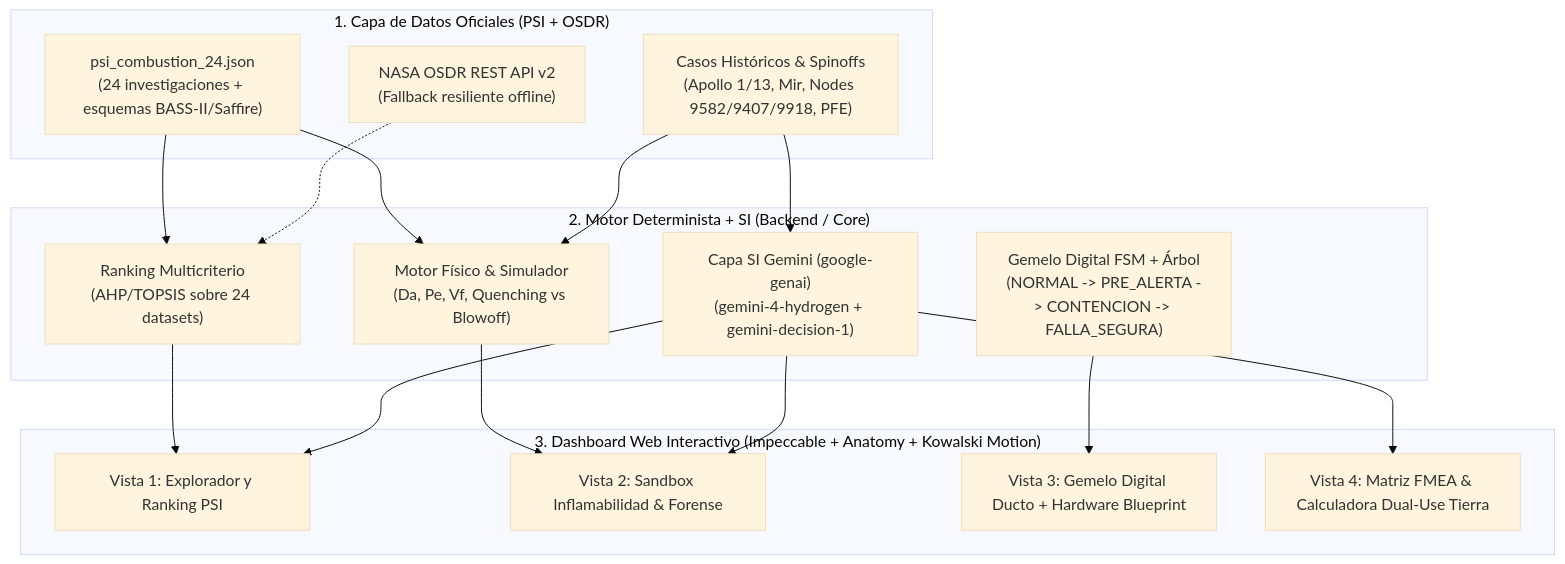
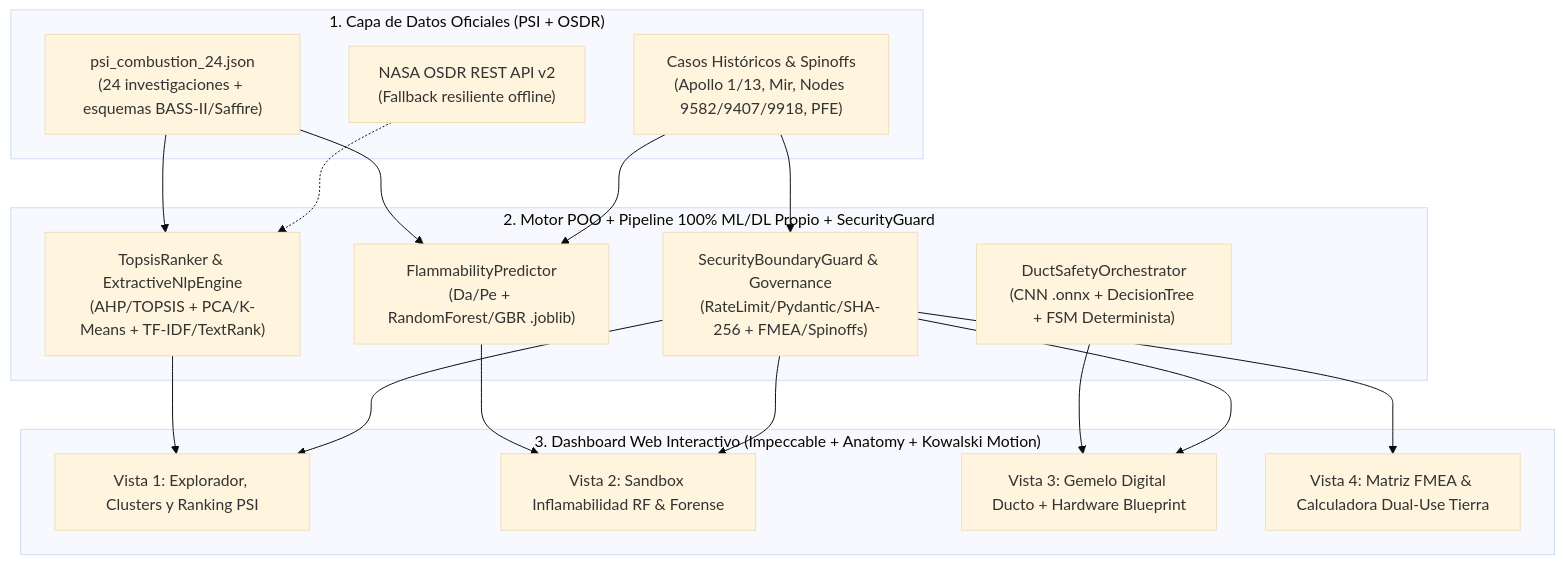
The diagram in PLAN_MAESTRO_FLAME_IN_FREEFALL.md (Joshua-Sotomayor/NASA-flame-in-freefal), drawn with Mermaid (base theme) before and after one commit. The commit also changed other lines of this file and 1 other file, not shown here.

Commit message:
0.2.1 - refactor - actualizar plan maestro y war room al pipeline ml propio y marcar avance gate 1

````diff
--- a/PLAN_MAESTRO_FLAME_IN_FREEFALL.md
+++ b/PLAN_MAESTRO_FLAME_IN_FREEFALL.md
@@ -257,30 +257,30 @@
 ```mermaid
 flowchart TD
     subgraph DATA["1. Capa de Datos Oficiales (PSI + OSDR)"]
         A1["psi_combustion_24.json<br/>(24 investigaciones + esquemas BASS-II/Saffire)"]
         A2["NASA OSDR REST API v2<br/>(Fallback resiliente offline)"]
         A3["Casos Históricos & Spinoffs<br/>(Apollo 1/13, Mir, Nodes 9582/9407/9918, PFE)"]
     end
 
-    subgraph ENGINE["2. Motor Determinista + SI (Backend / Core)"]
-        B1["Motor Físico & Simulador<br/>(Da, Pe, Vf, Quenching vs Blowoff)"]
-        B2["Ranking Multicriterio<br/>(AHP/TOPSIS sobre 24 datasets)"]
-        B3["Gemelo Digital FSM + Árbol<br/>(NORMAL -> PRE_ALERTA -> CONTENCION -> FALLA_SEGURA)"]
-        B4["Capa SI Gemini (google-genai)<br/>(gemini-4-hydrogen + gemini-decision-1)"]
+    subgraph ENGINE["2. Motor POO + Pipeline 100% ML/DL Propio + SecurityGuard"]
+        B1["FlammabilityPredictor<br/>(Da/Pe + RandomForest/GBR .joblib)"]
+        B2["TopsisRanker &amp; ExtractiveNlpEngine<br/>(AHP/TOPSIS + PCA/K-Means + TF-IDF/TextRank)"]
+        B3["DuctSafetyOrchestrator<br/>(CNN .onnx + DecisionTree + FSM Determinista)"]
+        B4["SecurityBoundaryGuard &amp; Governance<br/>(RateLimit/Pydantic/SHA-256 + FMEA/Spinoffs)"]
     end
 
     subgraph UI["3. Dashboard Web Interactivo (Impeccable + Anatomy + Kowalski Motion)"]
-        C1["Vista 1: Explorador y Ranking PSI"]
-        C2["Vista 2: Sandbox Inflamabilidad & Forense"]
+        C1["Vista 1: Explorador, Clusters y Ranking PSI"]
+        C2["Vista 2: Sandbox Inflamabilidad RF &amp; Forense"]
         C3["Vista 3: Gemelo Digital Ducto + Hardware Blueprint"]
-        C4["Vista 4: Matriz FMEA & Calculadora Dual-Use Tierra"]
+        C4["Vista 4: Matriz FMEA &amp; Calculadora Dual-Use Tierra"]
     end
 
     A1 --> B1 & B2
     A2 -.-> B2
     A3 --> B1 & B4
     B1 --> C2
     B2 --> C1
     B3 --> C3
-    B4 --> C1 & C2 & C4
+    B4 --> C1 & C2 & C3 & C4
 ```
````
